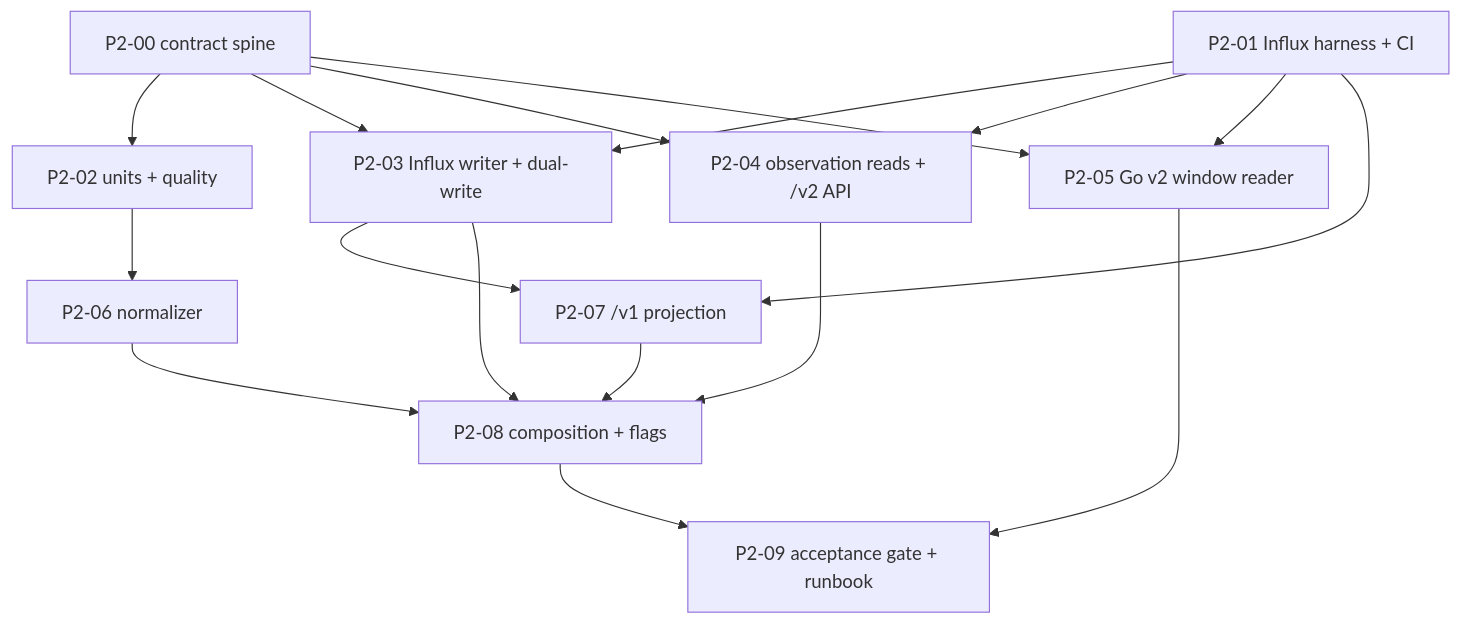
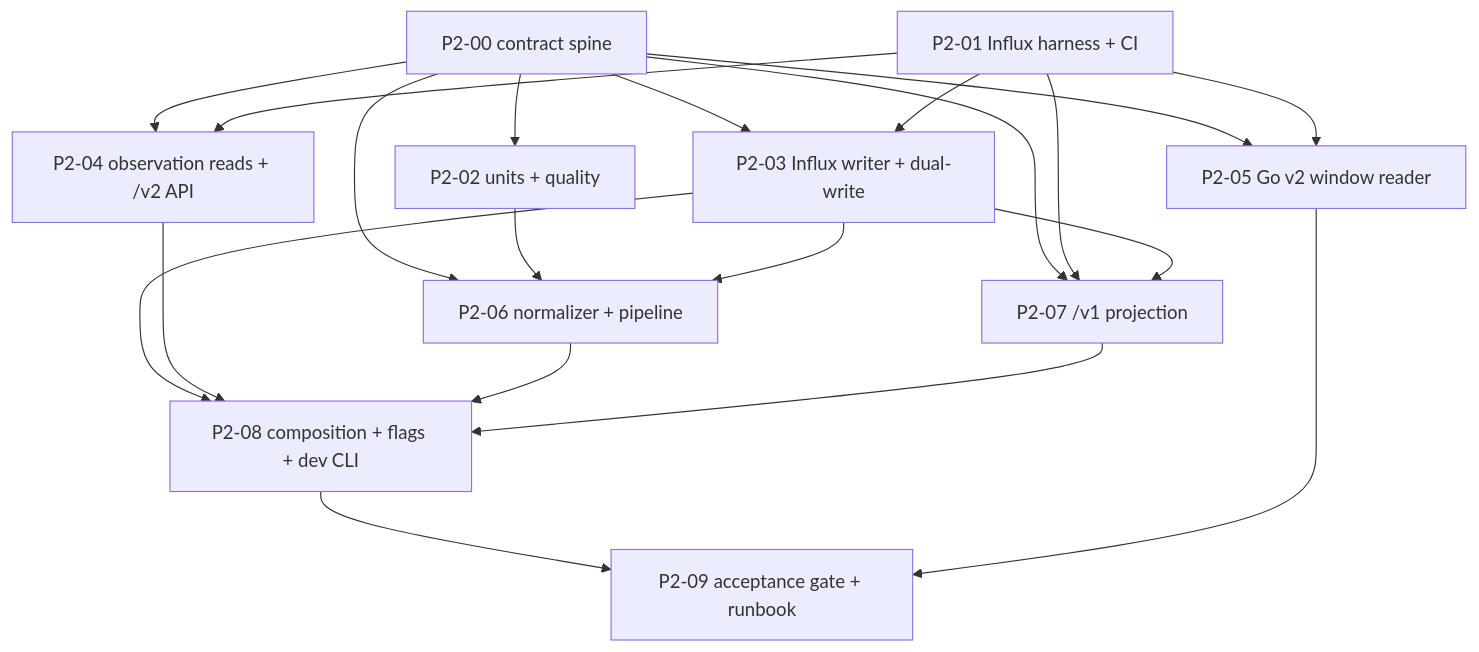
One commit to VINIClUS/limnopulse changed the diagram in docs/superpowers/plans/2026-10-18-limnopulse-v4-p2-canonical-telemetry.md. Above: the diagram before and after it, drawn with Mermaid. The commit also changed other lines of this file, not shown here.

````diff
--- a/docs/superpowers/plans/2026-10-18-limnopulse-v4-p2-canonical-telemetry.md
+++ b/docs/superpowers/plans/2026-10-18-limnopulse-v4-p2-canonical-telemetry.md
@@ -57,19 +113,22 @@
 ```mermaid
 flowchart TD
     A["P2-00 contract spine"] --> C["P2-02 units + quality"]
     A --> D["P2-03 Influx writer + dual-write"]
     A --> E["P2-04 observation reads + /v2 API"]
     A --> F["P2-05 Go v2 window reader"]
+    A --> G["P2-06 normalizer + pipeline"]
+    A --> H["P2-07 /v1 projection"]
     B["P2-01 Influx harness + CI"] --> D
     B --> E
     B --> F
-    C --> G["P2-06 normalizer"]
-    D --> H["P2-07 /v1 projection"]
     B --> H
-    D --> I["P2-08 composition + flags"]
+    C --> G
+    D --> G
+    D --> H
+    D --> I["P2-08 composition + flags + dev CLI"]
     E --> I
     G --> I
     H --> I
     I --> J["P2-09 acceptance gate + runbook"]
     F --> J
 ```
````
